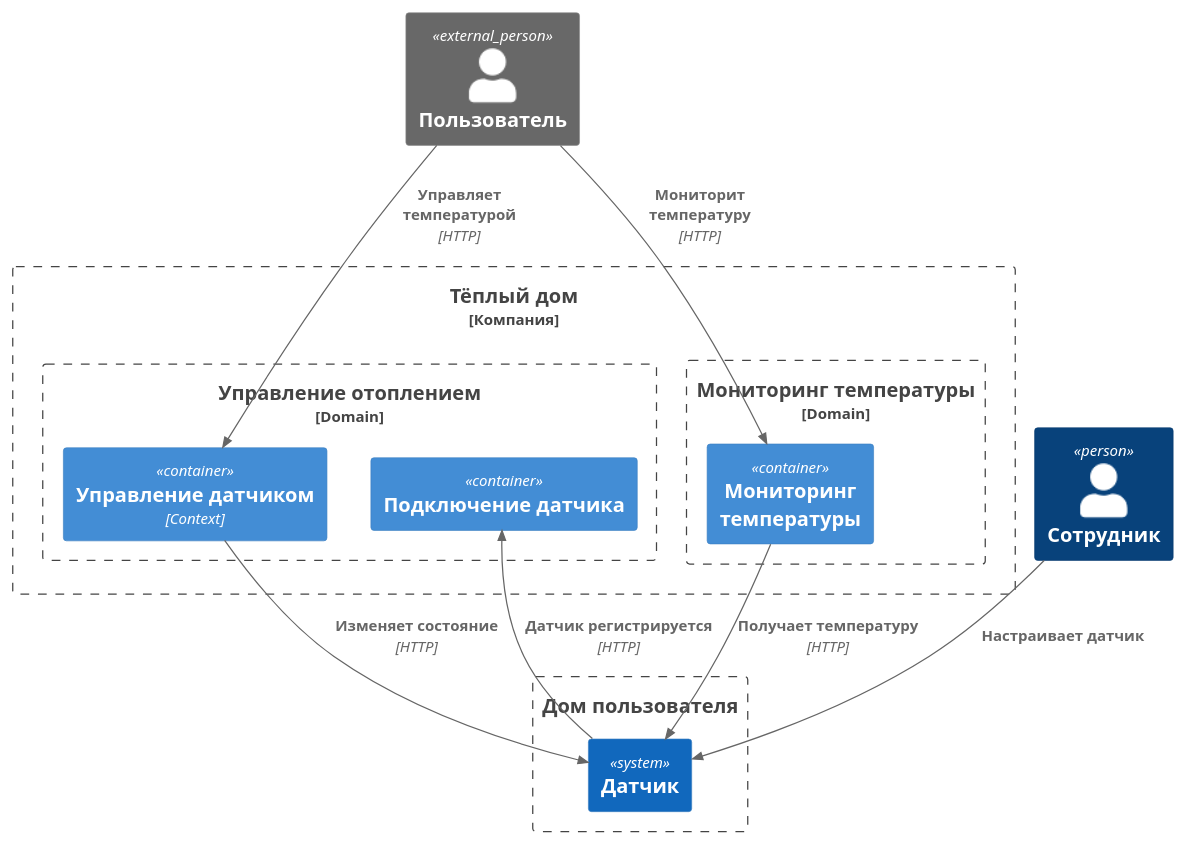
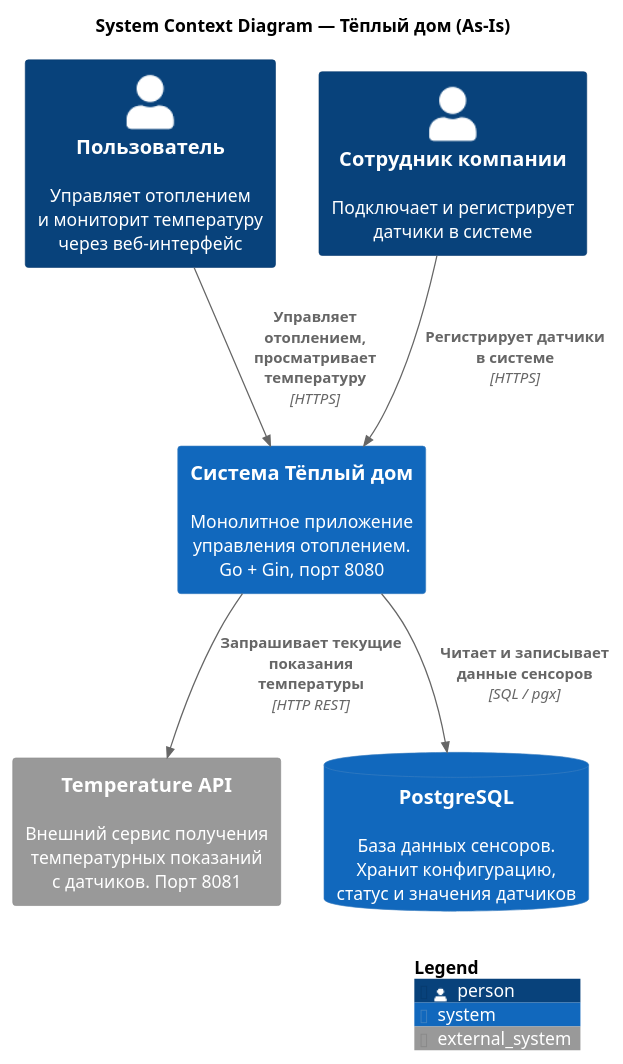
The diagram in docs/diagrams/src/asis_context.puml (rbe1yaev/architecture-warmhouse), drawn with PlantUML before and after one commit. The commit also changed 30 other files, not shown here.

```diff
--- a/docs/diagrams/src/asis_context.puml
+++ b/docs/diagrams/src/asis_context.puml
@@ -1,27 +1,21 @@
 @startuml asis_context
-!include <C4/C4_Container>
+!include <C4/C4_Context>
 
-Person_Ext(user, "Пользователь")
-Person(enployy, "Сотрудник")
+title System Context Diagram — Тёплый дом (As-Is)
 
-Boundary(e1, "Тёплый дом", "Компания") {
-    Boundary(s1, "Управление отоплением", "Domain") {
-        Container(c1, "Управление датчиком", "Context")
-        Container(c2, "Подключение датчика")
-    }
-    Boundary(s2, "Мониторинг температуры", "Domain") {
-        Container(c3, "Мониторинг температуры")
-    }
-}
-Boundary(e2, "Дом пользователя") {
-    System(sensor, "Датчик")
-}
+Person(user, "Пользователь", "Управляет отоплением\nи мониторит температуру\nчерез веб-интерфейс")
+Person(employee, "Сотрудник компании", "Подключает и регистрирует\nдатчики в системе")
 
-Rel(user, c1, "Управляет температурой", "HTTP")
-Rel(user, c3, "Мониторит температуру", "HTTP")
-Rel(c1, sensor, "Изменяет состояние", "HTTP")
-Rel(c3, sensor, "Получает температуру", "HTTP")
-Rel(sensor, c2, "Датчик регистрируется", "HTTP")
-Rel(enployy, sensor, "Настраивает датчик")
+System(warmhouse, "Система Тёплый дом", "Монолитное приложение\nуправления отоплением.\nGo + Gin, порт 8080")
 
+System_Ext(temp_api, "Temperature API", "Внешний сервис получения\nтемпературных показаний\nс датчиков. Порт 8081")
+
+SystemDb(db, "PostgreSQL", "База данных сенсоров.\nХранит конфигурацию,\nстатус и значения датчиков")
+
+Rel(user, warmhouse, "Управляет отоплением,\nпросматривает температуру", "HTTPS")
+Rel(employee, warmhouse, "Регистрирует датчики\nв системе", "HTTPS")
+Rel(warmhouse, temp_api, "Запрашивает текущие\nпоказания температуры", "HTTP REST")
+Rel(warmhouse, db, "Читает и записывает\nданные сенсоров", "SQL / pgx")
+
+SHOW_LEGEND()
 @enduml
```
